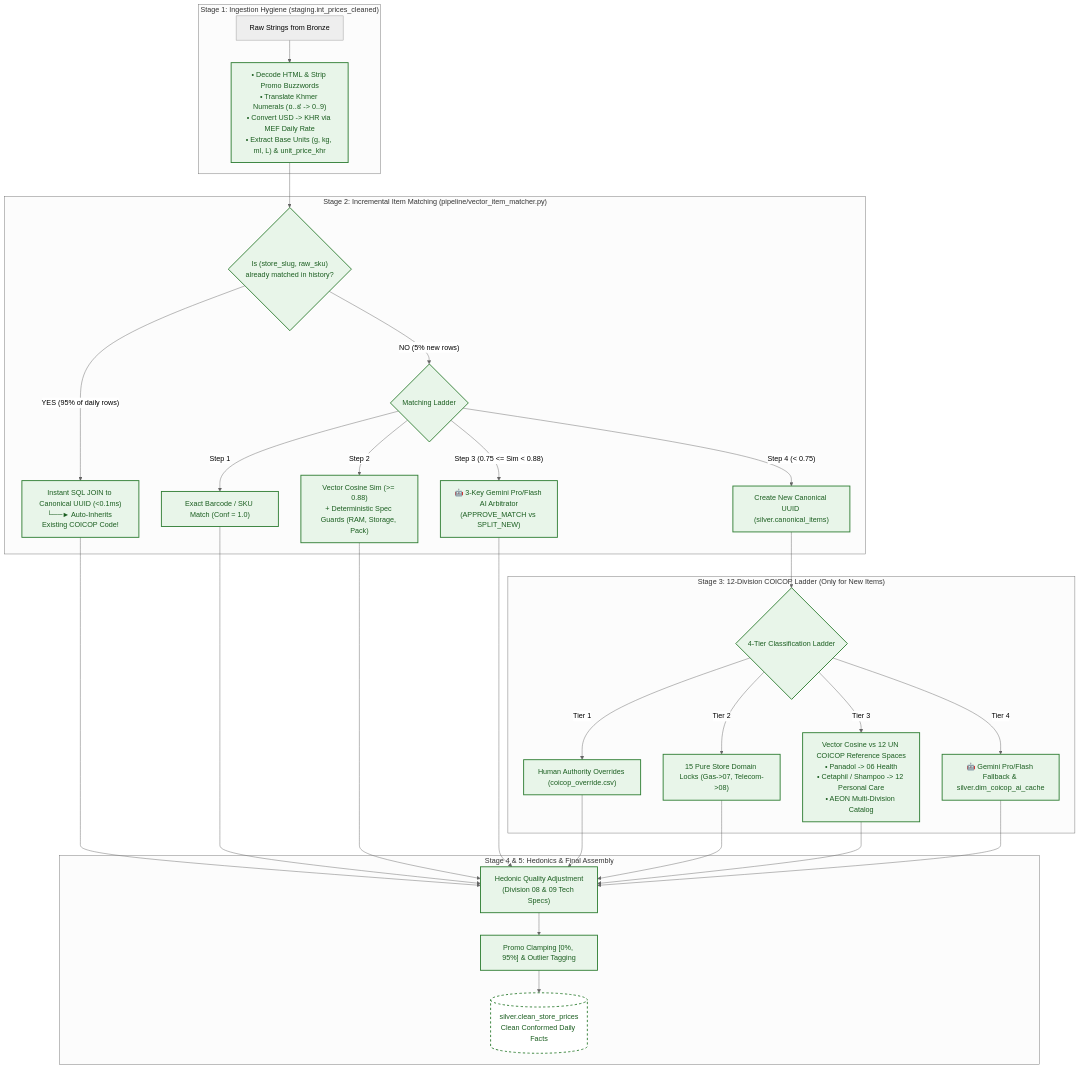
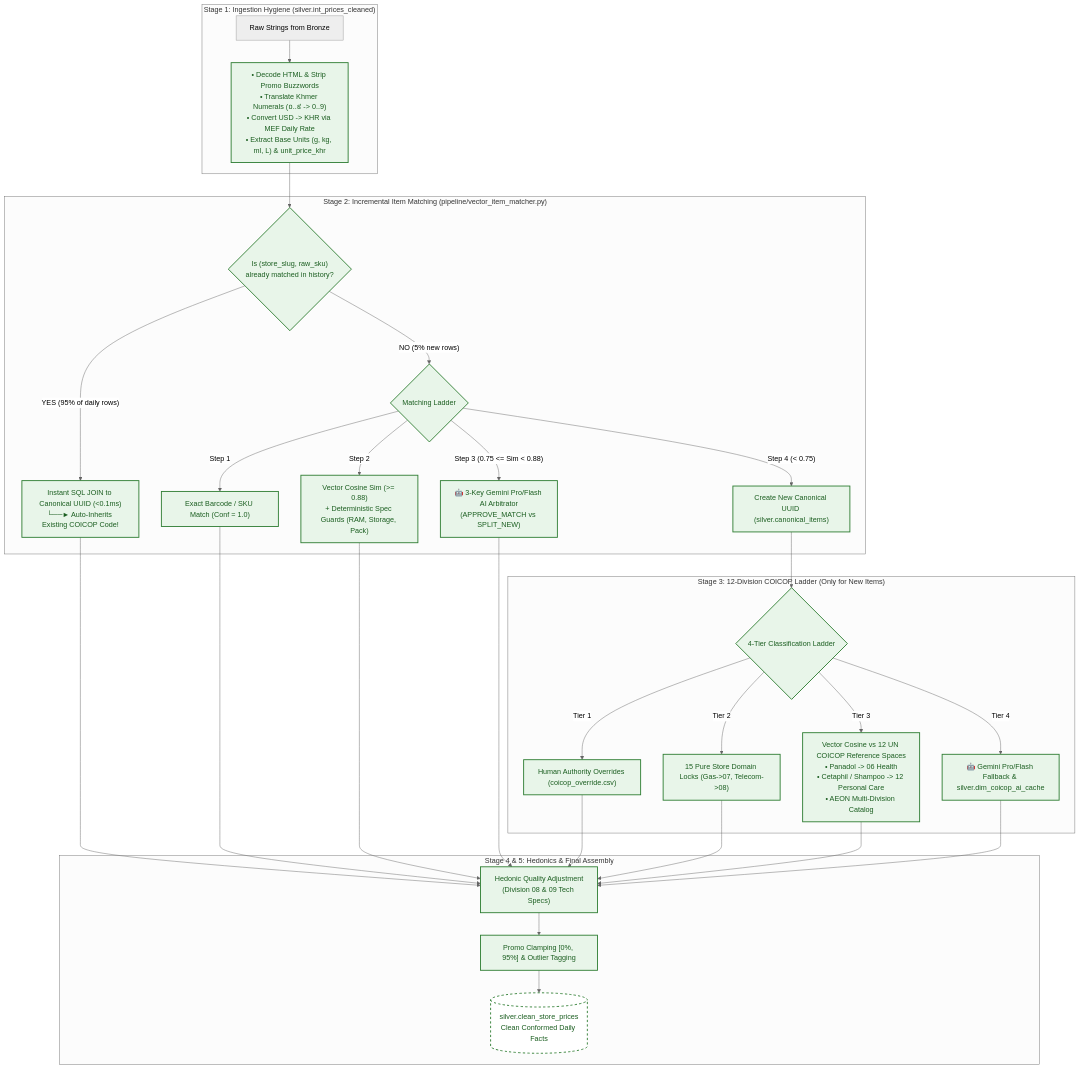
The third of 4 diagrams in docs/ARCHITECTURE_DIAGRAMS.md (Korngmeng-Taing/Cambodia-cpi-pipeline), drawn with Mermaid (neutral theme) before and after one commit. The commit also changed 25 other files, not shown here.

First line of the commit message:
fix: resolve pipeline bugs, dbt schemas, ML momentum, and DDL consistency

````diff
--- a/docs/ARCHITECTURE_DIAGRAMS.md
+++ b/docs/ARCHITECTURE_DIAGRAMS.md
@@ -112,36 +112,36 @@
 ```mermaid
 flowchart TD
-    subgraph Stage1["Stage 1: Ingestion Hygiene (staging.int_prices_cleaned)"]
+    subgraph Stage1["Stage 1: Ingestion Hygiene (silver.int_prices_cleaned)"]
         A1["Raw Strings from Bronze"] --> A2["• Decode HTML & Strip Promo Buzzwords\n• Translate Khmer Numerals (០..៩ -> 0..9)\n• Convert USD -> KHR via MEF Daily Rate\n• Extract Base Units (g, kg, ml, L) & unit_price_khr"]
     end
 
     subgraph Stage2["Stage 2: Incremental Item Matching (pipeline/vector_item_matcher.py)"]
         A2 --> B1{"Is (store_slug, raw_sku)\nalready matched in history?"}
         B1 -- "YES (95% of daily rows)" --> B2["Instant SQL JOIN to Canonical UUID (<0.1ms)\n└──► Auto-Inherits Existing COICOP Code!"]
         B1 -- "NO (5% new rows)" --> B3{"Matching Ladder"}
         
         B3 -- "Step 1" --> B4["Exact Barcode / SKU Match (Conf = 1.0)"]
         B3 -- "Step 2" --> B5["Vector Cosine Sim (>= 0.88)\n+ Deterministic Spec Guards (RAM, Storage, Pack)"]
         B3 -- "Step 3 (0.75 <= Sim < 0.88)" --> B6["🤖 3-Key Gemini Pro/Flash AI Arbitrator\n(APPROVE_MATCH vs SPLIT_NEW)"]
         B3 -- "Step 4 (< 0.75)" --> B7["Create New Canonical UUID (silver.canonical_items)"]
     end
 
     subgraph Stage3["Stage 3: 12-Division COICOP Ladder (Only for New Items)"]
         B7 --> C1{"4-Tier Classification Ladder"}
         C1 -- "Tier 1" --> C2["Human Authority Overrides (coicop_override.csv)"]
         C1 -- "Tier 2" --> C3["15 Pure Store Domain Locks (Gas->07, Telecom->08)"]
         C1 -- "Tier 3" --> C4["Vector Cosine vs 12 UN COICOP Reference Spaces\n• Panadol -> 06 Health\n• Cetaphil / Shampoo -> 12 Personal Care\n• AEON Multi-Division Catalog"]
         C1 -- "Tier 4" --> C5["🤖 Gemini Pro/Flash Fallback & silver.dim_coicop_ai_cache"]
     end
 
     subgraph Stage4["Stage 4 & 5: Hedonics & Final Assembly"]
         C2 & C3 & C4 & C5 & B2 & B4 & B5 & B6 --> D1["Hedonic Quality Adjustment\n(Division 08 & 09 Tech Specs)"]
         D1 --> D2["Promo Clamping [0%, 95%] & Outlier Tagging"]
         D2 --> D3[("silver.clean_store_prices\nClean Conformed Daily Facts")]
     end
 
     classDef slvBox fill:#e8f5e9,stroke:#2e7d32,stroke-width:2px,color:#1b5e20;
     classDef slvTable fill:#ffffff,stroke:#2e7d32,stroke-width:2px,stroke-dasharray: 5 5,color:#1b5e20;
     class A2,B1,B2,B3,B4,B5,B6,B7,C1,C2,C3,C4,C5,D1,D2 slvBox;
     class D3 slvTable;
 ```
````
